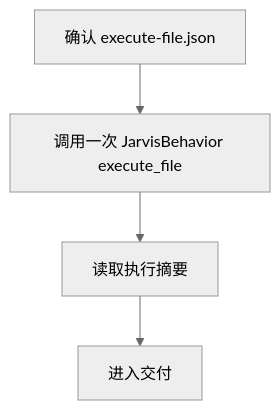
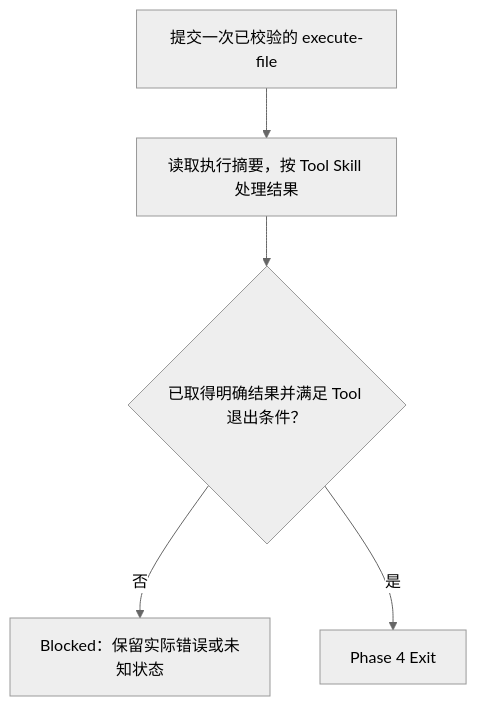
The sixth of 7 diagrams in assets/codex/skills/domain-rbt-executor/SKILL.md (daihothot/scout), drawn with Mermaid (neutral theme) before and after one commit. The commit also changed other lines of this file and 22 other files, not shown here.

````diff
--- a/assets/codex/skills/domain-rbt-executor/SKILL.md
+++ b/assets/codex/skills/domain-rbt-executor/SKILL.md
@@ -217,6 +325,7 @@
 ```mermaid
 flowchart TD
-  A["确认 execute-file.json"] --> B["调用一次 JarvisBehavior execute_file"]
-  B --> C["读取执行摘要"]
-  C --> D["进入交付"]
+  A["提交一次已校验的 execute-file"] --> B["读取执行摘要，按 Tool Skill 处理结果"]
+  B --> C{"已取得明确结果并满足 Tool 退出条件？"}
+  C -- 否 --> X["Blocked：保留实际错误或未知状态"]
+  C -- 是 --> E["Phase 4 Exit"]
 ```
````
